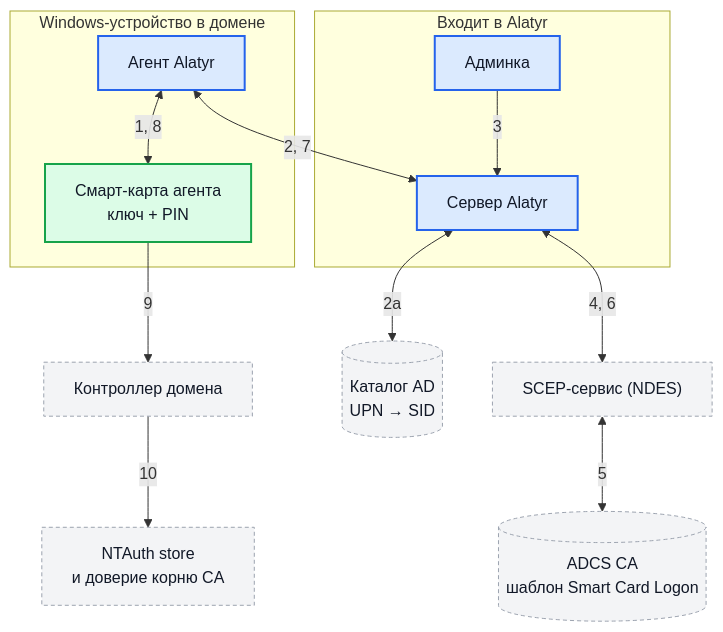
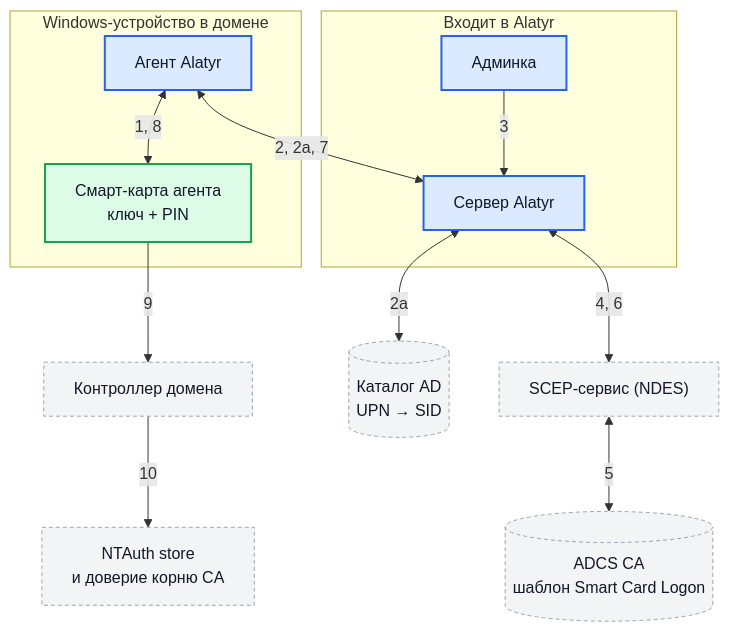
Before and after one commit to s3m4rgl/alatyr-docs: the fifth of 9 diagrams in docs/use-cases.md, drawn with Mermaid. The commit also changed 1 other file, not shown here.

Commit message:
docs: схемы — входящая стрелка целевого SSH-сервера к Keyholder API, шаг 2а на ребре агент↔сервер в ad_logon

````diff
--- a/docs/use-cases.md
+++ b/docs/use-cases.md
@@ -326,34 +326,34 @@
 ```mermaid
 flowchart TD
     subgraph DeviceBox["Windows-устройство в домене"]
         Agent["Агент Alatyr"]
         VSC["Смарт-карта агента<br/>ключ + PIN"]
     end
 
     subgraph AlatyrBox["Входит в Alatyr"]
         Admin["Админка"]
         Server["Сервер Alatyr"]
     end
 
     NDES["SCEP-сервис (NDES)"]
     LDAP[("Каталог AD<br/>UPN → SID")]
     ADCS[("ADCS CA<br/>шаблон Smart Card Logon")]
     DC["Контроллер домена"]
     Trust["NTAuth store<br/>и доверие корню CA"]
 
     Agent <--> |"1, 8"| VSC
-    Agent <--> |"2, 7"| Server
+    Agent <--> |"2, 2а, 7"| Server
     Server <--> |"2а"| LDAP
     Admin --> |"3"| Server
     Server <--> |"4, 6"| NDES
     NDES <--> |"5"| ADCS
     VSC --> |"9"| DC
     DC --> |"10"| Trust
 
     classDef alatyr fill:#dbeafe,stroke:#2563eb,stroke-width:2px,color:#111827
     classDef external fill:#f3f4f6,stroke:#9ca3af,stroke-width:1px,stroke-dasharray: 4 3,color:#111827
     classDef device fill:#dcfce7,stroke:#16a34a,stroke-width:2px,color:#111827
     class Agent,Server,Admin alatyr
     class NDES,ADCS,DC,Trust,LDAP external
     class VSC device
 ```
````
